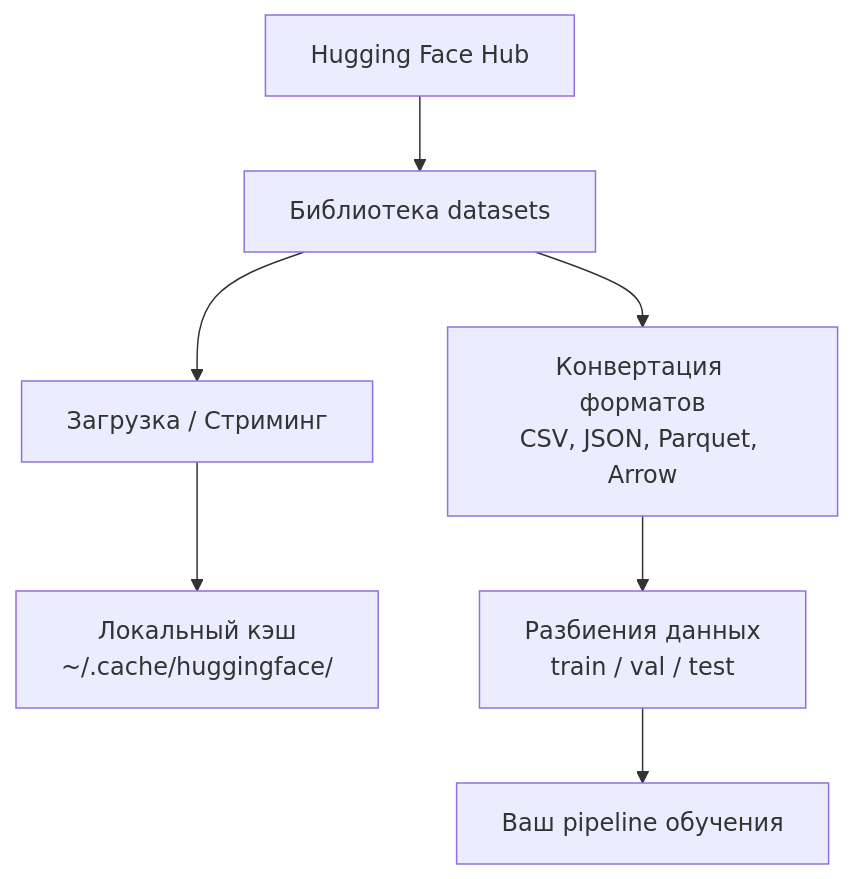
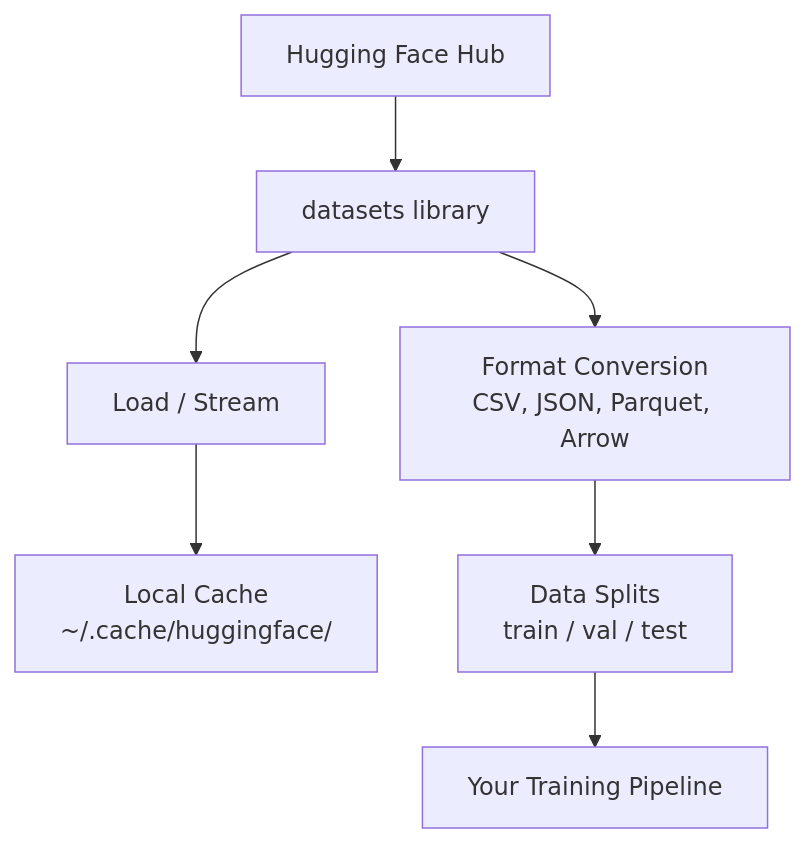
One commit to stabuev/ai-engineering-from-scratch changed the diagram in phases/00-setup-and-tooling/09-data-management/docs/ru.md. Above: the diagram before and after it, drawn with Mermaid. The commit also changed other lines of this file and 182 other files, not shown here.

````diff
--- a/phases/00-setup-and-tooling/09-data-management/docs/ru.md
+++ b/phases/00-setup-and-tooling/09-data-management/docs/ru.md
@@ -23,9 +23,9 @@
 ```mermaid
 graph TD
-    A["Hugging Face Hub"] --> B["Библиотека datasets"]
-    B --> C["Загрузка / Стриминг"]
-    C --> D["Локальный кэш<br/>~/.cache/huggingface/"]
-    B --> E["Конвертация форматов<br/>CSV, JSON, Parquet, Arrow"]
-    E --> F["Разбиения данных<br/>train / val / test"]
-    F --> G["Ваш pipeline обучения"]
+    A["Hugging Face Hub"] --> B["datasets library"]
+    B --> C["Load / Stream"]
+    C --> D["Local Cache<br/>~/.cache/huggingface/"]
+    B --> E["Format Conversion<br/>CSV, JSON, Parquet, Arrow"]
+    E --> F["Data Splits<br/>train / val / test"]
+    F --> G["Your Training Pipeline"]
 ```
````
